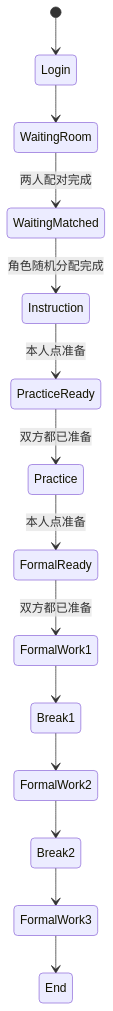
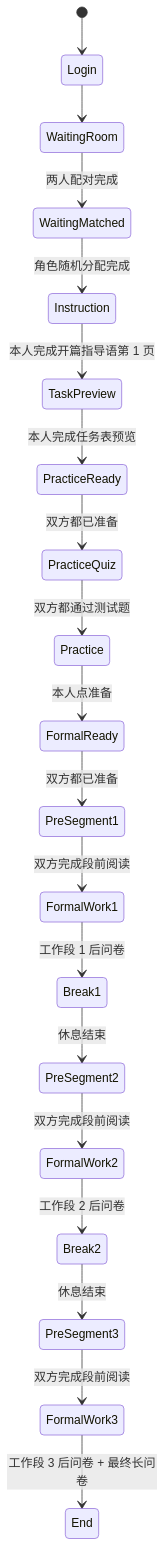
The fourth of 4 diagrams in 02_specs/00_overview/APP_FLOW.md (yezhouyedu/multicooperation), drawn with Mermaid before and after one commit. The commit also changed other lines of this file and 13 other files, not shown here.

````diff
--- a/02_specs/00_overview/APP_FLOW.md
+++ b/02_specs/00_overview/APP_FLOW.md
@@ -474,16 +476,21 @@
 ```mermaid
 stateDiagram-v2
     [*] --> Login
     Login --> WaitingRoom
     WaitingRoom --> WaitingMatched : 两人配对完成
     WaitingMatched --> Instruction : 角色随机分配完成
-    Instruction --> PracticeReady : 本人点准备
-    PracticeReady --> Practice : 双方都已准备
+    Instruction --> TaskPreview : 本人完成开篇指导语第 1 页
+    TaskPreview --> PracticeReady : 本人完成任务表预览
+    PracticeReady --> PracticeQuiz : 双方都已准备
+    PracticeQuiz --> Practice : 双方都通过测试题
     Practice --> FormalReady : 本人点准备
-    FormalReady --> FormalWork1 : 双方都已准备
-    FormalWork1 --> Break1
-    Break1 --> FormalWork2
-    FormalWork2 --> Break2
-    Break2 --> FormalWork3
-    FormalWork3 --> End
+    FormalReady --> PreSegment1 : 双方都已准备
+    PreSegment1 --> FormalWork1 : 双方完成段前阅读
+    FormalWork1 --> Break1 : 工作段 1 后问卷
+    Break1 --> PreSegment2 : 休息结束
+    PreSegment2 --> FormalWork2 : 双方完成段前阅读
+    FormalWork2 --> Break2 : 工作段 2 后问卷
+    Break2 --> PreSegment3 : 休息结束
+    PreSegment3 --> FormalWork3 : 双方完成段前阅读
+    FormalWork3 --> End : 工作段 3 后问卷 + 最终长问卷
 ```
````
